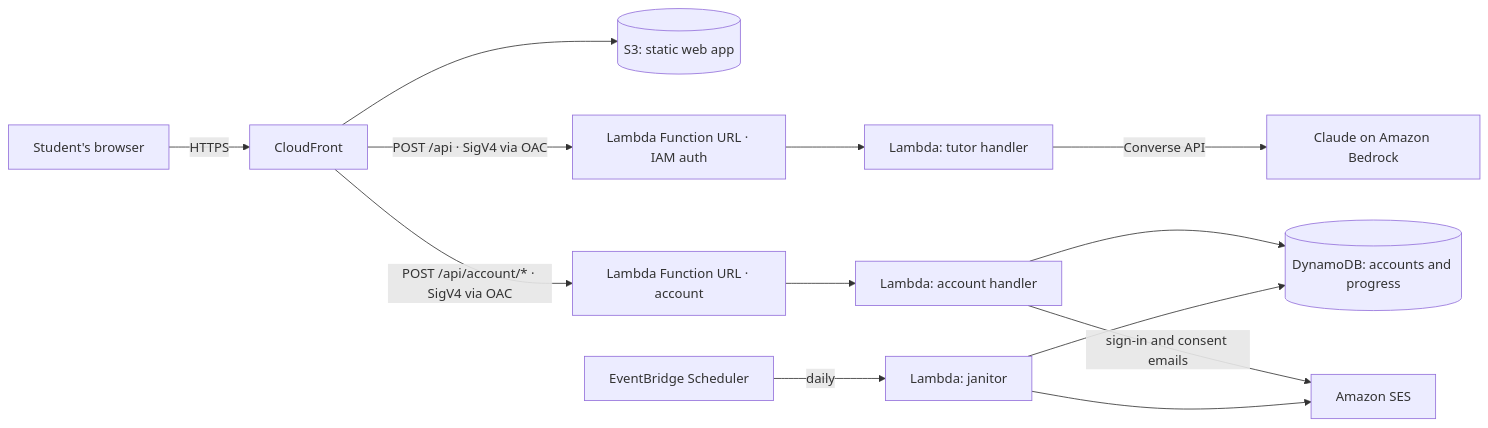
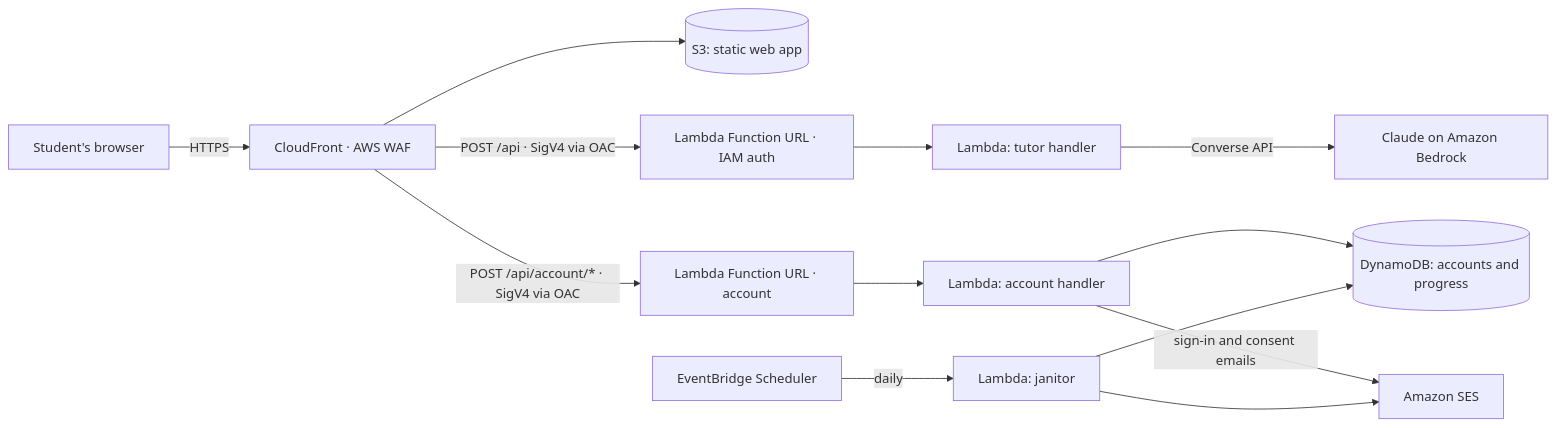
Before and after one commit to chrisfixesit/Sumdeting: the diagram in README.md, drawn with Mermaid. The commit also changed other lines of this file and 2 other files, not shown here.

````diff
--- a/README.md
+++ b/README.md
@@ -15,15 +19,15 @@
 ```mermaid
 flowchart LR
-    U[Student's browser] -->|HTTPS| CF[CloudFront]
+    U[Student's browser] -->|HTTPS| CF[CloudFront · AWS WAF]
     CF --> S3[(S3: static web app)]
     CF -->|POST /api · SigV4 via OAC| FU[Lambda Function URL · IAM auth]
     FU --> L[Lambda: tutor handler]
     L -->|Converse API| B[Claude on Amazon Bedrock]
     CF -->|POST /api/account/* · SigV4 via OAC| AU[Lambda Function URL · account]
     AU --> AL[Lambda: account handler]
     AL --> D[(DynamoDB: accounts and progress)]
     AL -->|sign-in and consent emails| SES[Amazon SES]
     EB[EventBridge Scheduler] -->|daily| J[Lambda: janitor]
     J --> D
     J --> SES
 ```
````
